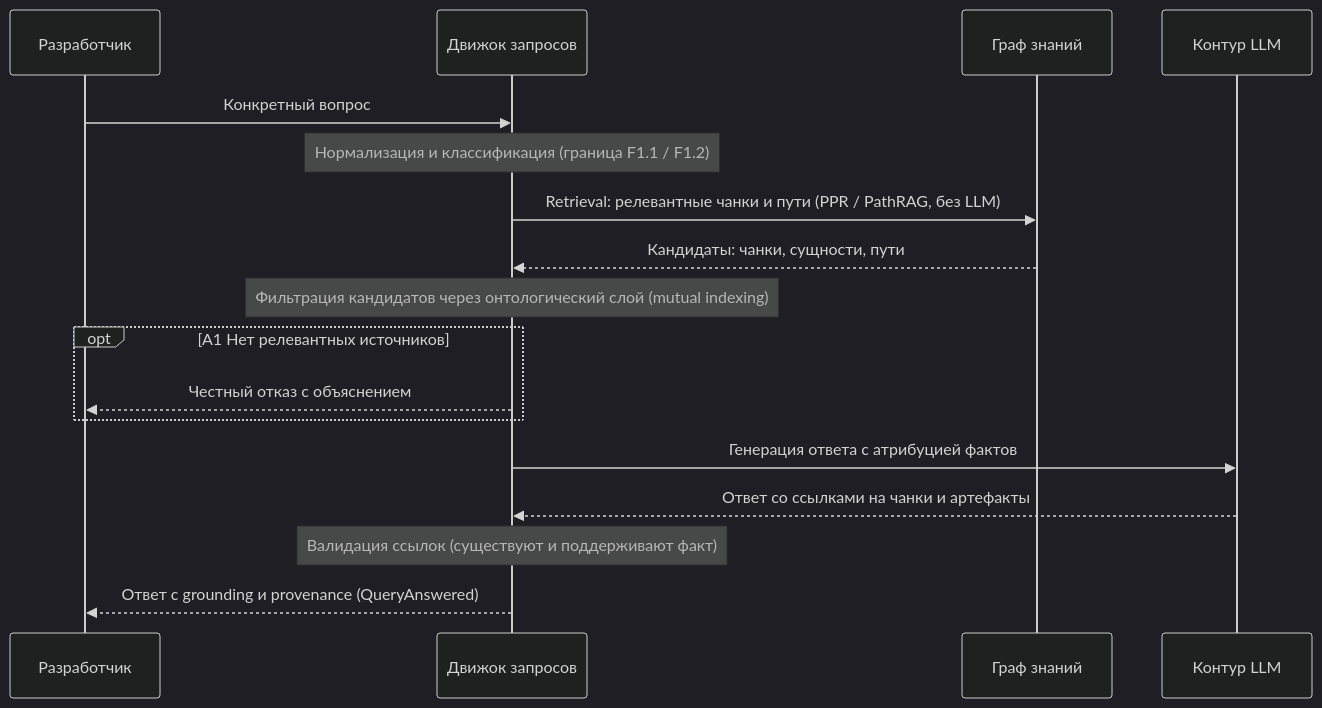
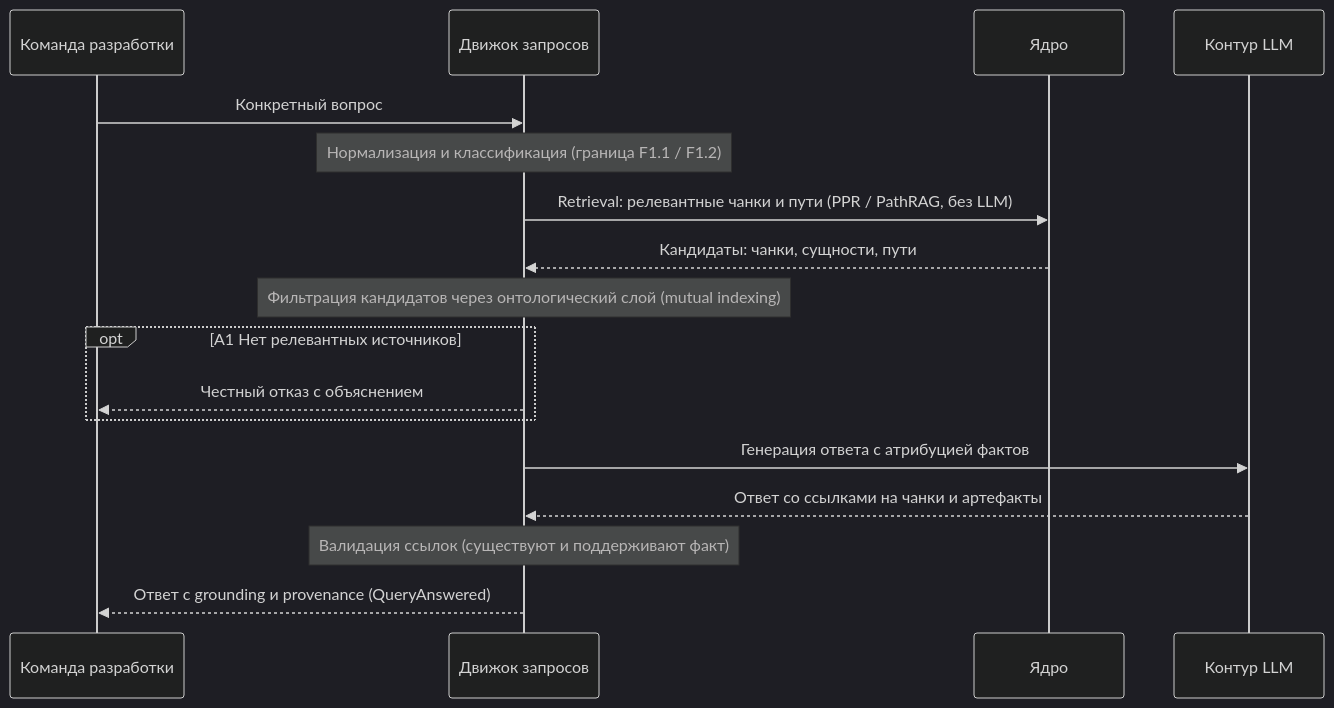
Before and after one commit to n-marusov/graphrag: the diagram in specs/use-cases/UC-answers.grounding.cited-answer.md, drawn with Mermaid (dark theme). The commit also changed other lines of this file and 5 other files, not shown here.

First line of the commit message:
docs(use-cases): align diagram actors with container names

````diff
--- a/specs/use-cases/UC-answers.grounding.cited-answer.md
+++ b/specs/use-cases/UC-answers.grounding.cited-answer.md
@@ -15,22 +15,22 @@
 ```mermaid
 sequenceDiagram
-    participant User as Разработчик
+    participant User as Команда разработки
     participant QE as Движок запросов
-    participant KG as Граф знаний
+    participant Core as Ядро
     participant LLM as Контур LLM
 
     User->>QE: Конкретный вопрос
     Note over QE: Нормализация и классификация (граница F1.1 / F1.2)
-    QE->>KG: Retrieval: релевантные чанки и пути (PPR / PathRAG, без LLM)
-    KG-->>QE: Кандидаты: чанки, сущности, пути
+    QE->>Core: Retrieval: релевантные чанки и пути (PPR / PathRAG, без LLM)
+    Core-->>QE: Кандидаты: чанки, сущности, пути
     Note over QE: Фильтрация кандидатов через онтологический слой (mutual indexing)
 
     opt A1 Нет релевантных источников
         QE-->>User: Честный отказ с объяснением
     end
 
     QE->>LLM: Генерация ответа с атрибуцией фактов
     LLM-->>QE: Ответ со ссылками на чанки и артефакты
     Note over QE: Валидация ссылок (существуют и поддерживают факт)
     QE-->>User: Ответ с grounding и provenance (QueryAnswered)
 ```
````
